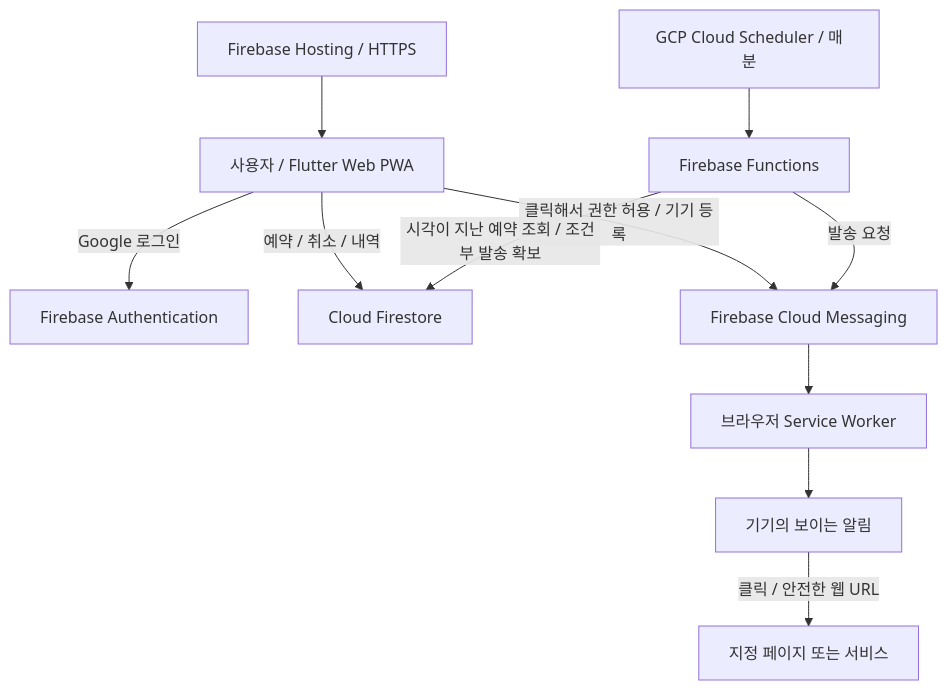
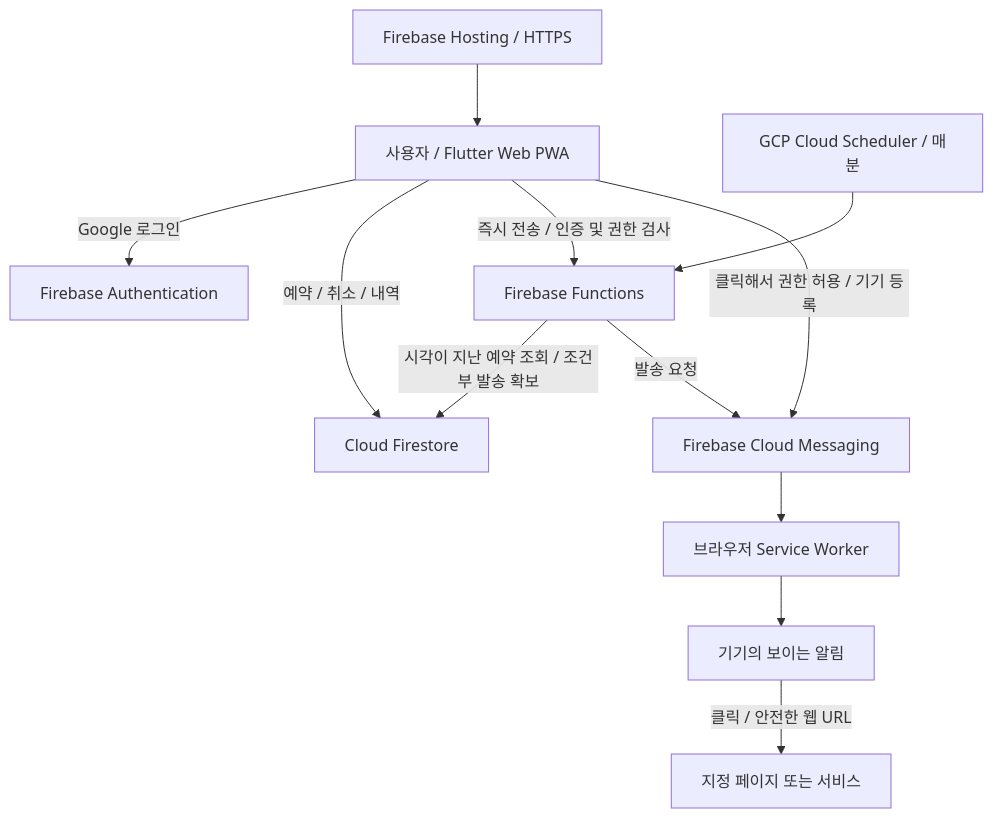
The diagram in day-002-push-me/docs/ARCHITECTURE.md (hssum9409/daily_odd_builds-public), drawn with Mermaid before and after one commit. The commit also changed other lines of this file and 4 other files, not shown here.

````diff
--- a/day-002-push-me/docs/ARCHITECTURE.md
+++ b/day-002-push-me/docs/ARCHITECTURE.md
@@ -7,13 +7,14 @@
 ```mermaid
 flowchart TD
     U[사용자 / Flutter Web PWA] -->|Google 로그인| A[Firebase Authentication]
     U -->|예약 / 취소 / 내역| D[Cloud Firestore]
+    U -->|즉시 전송 / 인증 및 권한 검사| F
     U -->|클릭해서 권한 허용 / 기기 등록| M[Firebase Cloud Messaging]
     H[Firebase Hosting / HTTPS] --> U
     C[GCP Cloud Scheduler / 매분] --> F[Firebase Functions]
     F -->|시각이 지난 예약 조회 / 조건부 발송 확보| D
     F -->|발송 요청| M
     M --> W[브라우저 Service Worker]
     W --> N[기기의 보이는 알림]
     N -->|클릭 / 안전한 웹 URL| T[지정 페이지 또는 서비스]
 ```
````
